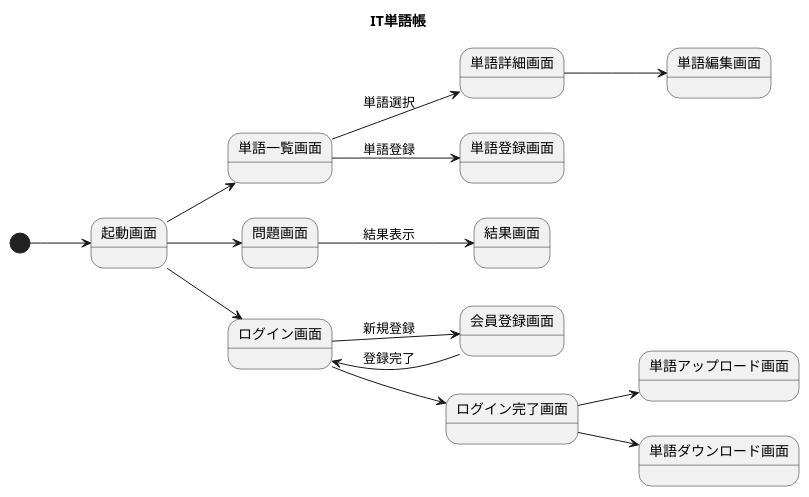
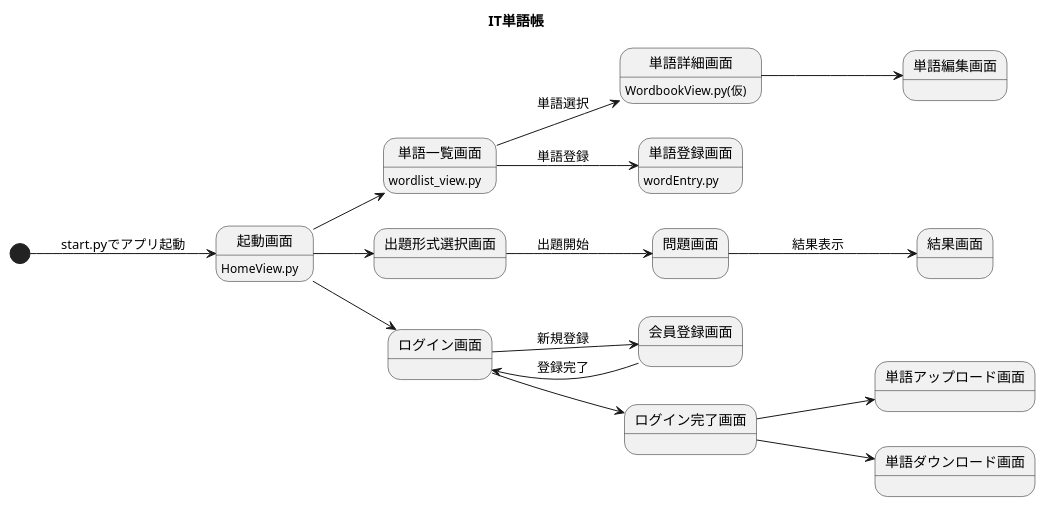
One commit to Kano0110/ITLearningSupport changed the diagram in 資料/画面遷移図.pu. Above: the diagram before and after it, drawn with PlantUML.

Commit message:
画面遷移図の更新

```diff
--- a/資料/画面遷移図.pu
+++ b/資料/画面遷移図.pu
@@ -1,29 +1,34 @@
 @startuml ITwordbook
 
 left to right direction
 title IT単語帳
 
-[*] --> 起動画面
+[*] --> 起動画面 : start.pyでアプリ起動
 
 起動画面 --> 単語一覧画面
-起動画面 --> 問題画面
+起動画面 --> 出題形式選択画面
 起動画面 --> ログイン画面
 
 単語一覧画面 --> 単語詳細画面 : 単語選択
 単語一覧画面 --> 単語登録画面 : 単語登録
 
 単語詳細画面 --> 単語編集画面
 
+出題形式選択画面 --> 問題画面 : 出題開始
 問題画面 --> 結果画面 : 結果表示
 
 ログイン画面 --> 会員登録画面 : 新規登録
 ログイン画面 --> ログイン完了画面
 
 ログイン完了画面 --> 単語アップロード画面
 ログイン完了画面 --> 単語ダウンロード画面
 
 
 会員登録画面 --> ログイン画面 : 登録完了
 
+state 起動画面 : HomeView.py
+state 単語一覧画面 : wordlist_view.py
+state 単語詳細画面 : WordbookView.py(仮)
+state 単語登録画面 : wordEntry.py
 
 @enduml
```
